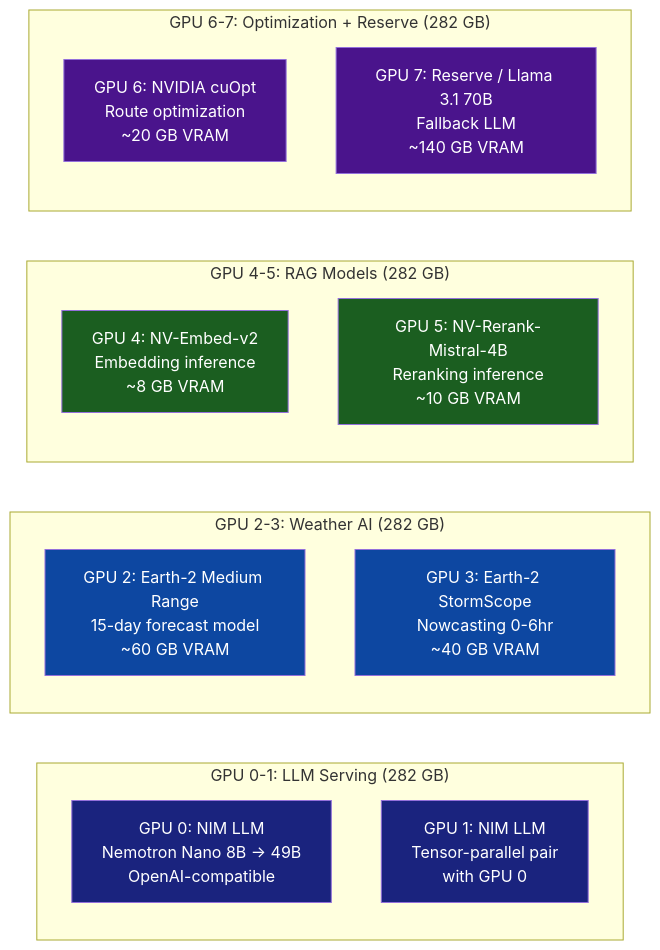
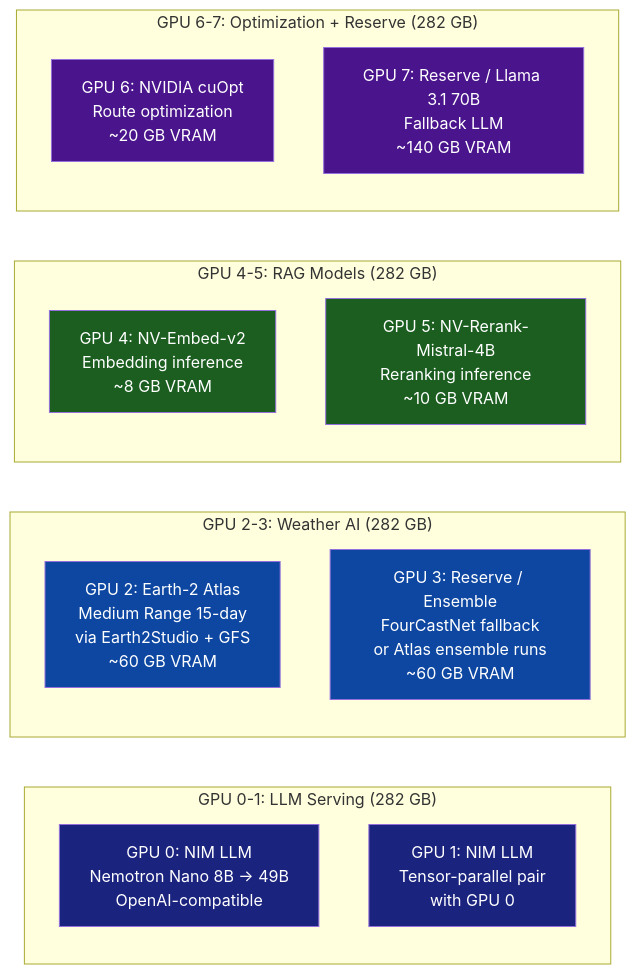
Before and after one commit to BennedictQuanTon/WeatherRise-2026: the tenth of 15 diagrams in documentation.md, drawn with Mermaid. The commit also changed other lines of this file and 1 other file, not shown here.

````diff
--- a/documentation.md
+++ b/documentation.md
@@ -1020,31 +1152,31 @@
 ```mermaid
 graph LR
     subgraph "GPU 0-1: LLM Serving (282 GB)"
         G0["GPU 0: NIM LLM<br/>Nemotron Nano 8B → 49B<br/>OpenAI-compatible"]
         G1["GPU 1: NIM LLM<br/>Tensor-parallel pair<br/>with GPU 0"]
     end
 
     subgraph "GPU 2-3: Weather AI (282 GB)"
-        G2["GPU 2: Earth-2 Medium Range<br/>15-day forecast model<br/>~60 GB VRAM"]
-        G3["GPU 3: Earth-2 StormScope<br/>Nowcasting 0-6hr<br/>~40 GB VRAM"]
+        G2["GPU 2: Earth-2 Atlas<br/>Medium Range 15-day<br/>via Earth2Studio + GFS<br/>~60 GB VRAM"]
+        G3["GPU 3: Reserve / Ensemble<br/>FourCastNet fallback<br/>or Atlas ensemble runs<br/>~60 GB VRAM"]
     end
 
     subgraph "GPU 4-5: RAG Models (282 GB)"
         G4["GPU 4: NV-Embed-v2<br/>Embedding inference<br/>~8 GB VRAM"]
         G5["GPU 5: NV-Rerank-Mistral-4B<br/>Reranking inference<br/>~10 GB VRAM"]
     end
 
     subgraph "GPU 6-7: Optimization + Reserve (282 GB)"
         G6["GPU 6: NVIDIA cuOpt<br/>Route optimization<br/>~20 GB VRAM"]
         G7["GPU 7: Reserve / Llama 3.1 70B<br/>Fallback LLM<br/>~140 GB VRAM"]
     end
 
     style G0 fill:#1A237E,color:#fff
     style G1 fill:#1A237E,color:#fff
     style G2 fill:#0D47A1,color:#fff
     style G3 fill:#0D47A1,color:#fff
     style G4 fill:#1B5E20,color:#fff
     style G5 fill:#1B5E20,color:#fff
     style G6 fill:#4A148C,color:#fff
     style G7 fill:#4A148C,color:#fff
 ```
````
